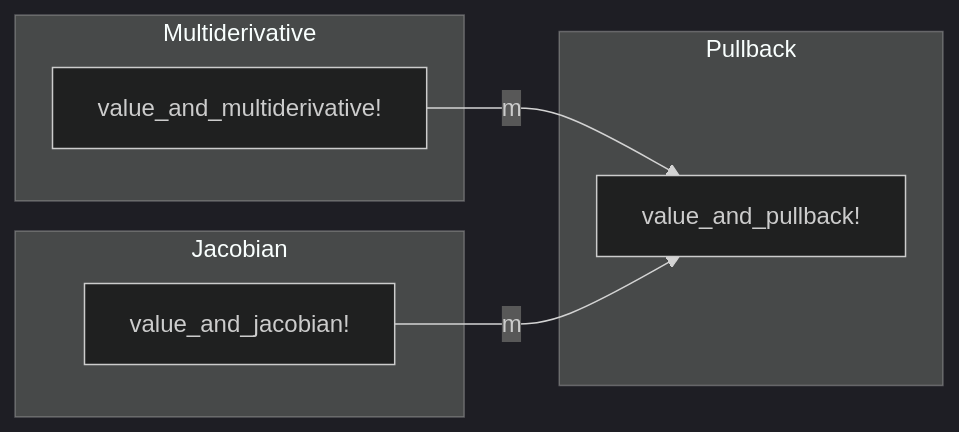
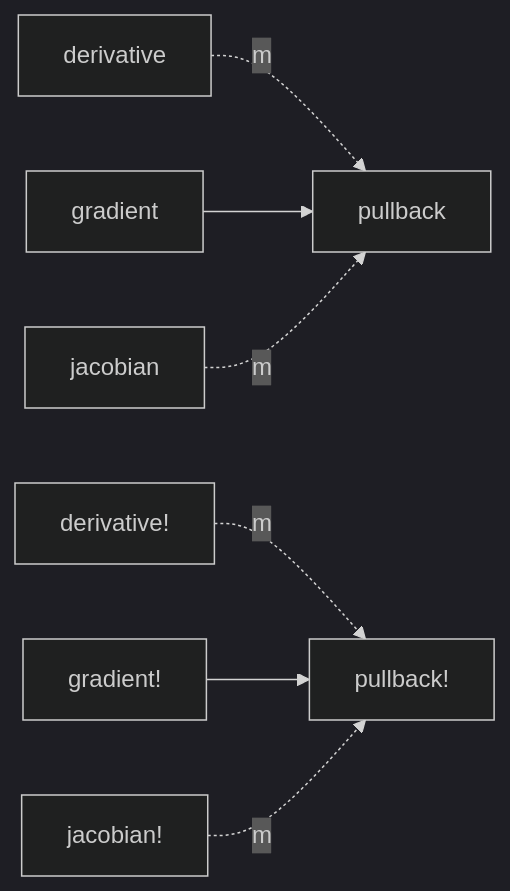
One commit to gdalle/DifferentiationInterface.jl changed the second of 2 diagrams in docs/src/developer.md. Above: the diagram before and after it, drawn with Mermaid (dark theme). The commit also changed other lines of this file and 13 other files, not shown here.

````diff
--- a/docs/src/developer.md
+++ b/docs/src/developer.md
@@ -141,18 +41,9 @@
 ```mermaid
 flowchart LR
-    subgraph Multiderivative
-        value_and_multiderivative!
-    end
-
-    value_and_multiderivative! --> |m|value_and_pullback!
-
-    subgraph Jacobian
-        value_and_jacobian!
-    end
-
-    value_and_jacobian! --> |m|value_and_pullback!
-
-    subgraph Pullback
-        value_and_pullback!
-    end
+    derivative .-> |m|pullback
+    derivative! .-> |m|pullback!
+    gradient --> pullback
+    gradient! --> pullback!
+    jacobian .-> |m|pullback
+    jacobian! .-> |m|pullback!
 ```
````
